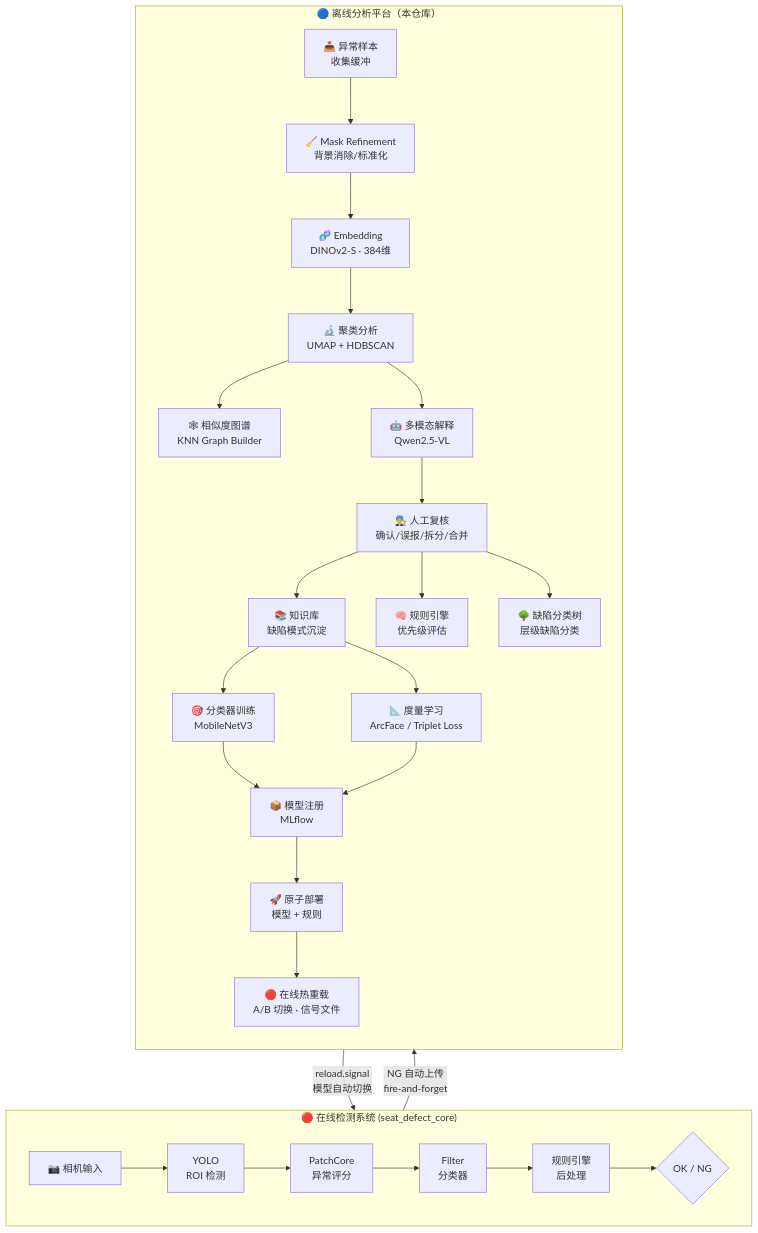
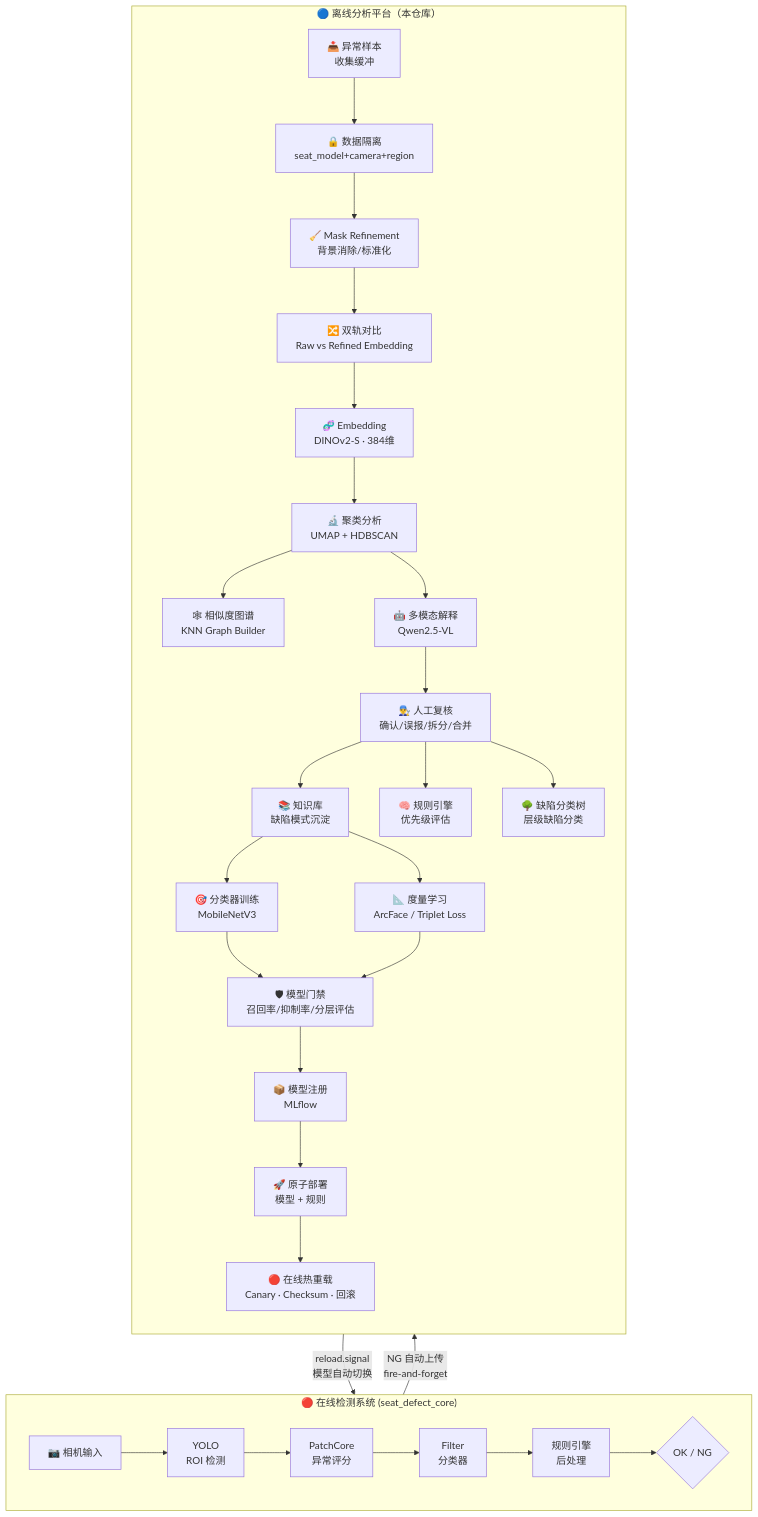
Before and after one commit to celien99/offline-analysis-platform: the diagram in README.md, drawn with Mermaid. The commit also changed other lines of this file, not shown here.

First line of the commit message:
docs: update README with data isolation, model gate, dual-track, and test coverage

````diff
--- a/README.md
+++ b/README.md
@@ -35,33 +35,36 @@
 ```mermaid
 flowchart TB
     subgraph ONLINE["🔴 在线检测系统 (seat_defect_core)"]
         direction LR
         CAM["📷 相机输入"] --> YOLO["YOLO<br/>ROI 检测"]
         YOLO --> PC["PatchCore<br/>异常评分"]
         PC --> FC["Filter<br/>分类器"]
         FC --> RE["规则引擎<br/>后处理"]
         RE --> DECISION{"OK / NG"}
     end
 
     subgraph OFFLINE["🔵 离线分析平台（本仓库）"]
         direction TB
-        INGEST["📥 异常样本<br/>收集缓冲"] --> MASK["🧹 Mask Refinement<br/>背景消除/标准化"]
-        MASK --> EMBED["🧬 Embedding<br/>DINOv2-S · 384维"]
+        INGEST["📥 异常样本<br/>收集缓冲"] --> ISOLATION["🔒 数据隔离<br/>seat_model+camera+region"]
+        ISOLATION --> MASK["🧹 Mask Refinement<br/>背景消除/标准化"]
+        MASK --> DUAL["🔀 双轨对比<br/>Raw vs Refined Embedding"]
+        DUAL --> EMBED["🧬 Embedding<br/>DINOv2-S · 384维"]
         EMBED --> CLUSTER["🔬 聚类分析<br/>UMAP + HDBSCAN"]
         CLUSTER --> GRAPH["🕸 相似度图谱<br/>KNN Graph Builder"]
         CLUSTER --> VLM["🤖 多模态解释<br/>Qwen2.5-VL"]
         VLM --> REVIEW["👨‍🔧 人工复核<br/>确认/误报/拆分/合并"]
         REVIEW --> KB["📚 知识库<br/>缺陷模式沉淀"]
         REVIEW --> RULES["🧠 规则引擎<br/>优先级评估"]
         REVIEW --> TAX["🌳 缺陷分类树<br/>层级缺陷分类"]
         KB --> TRAIN["🎯 分类器训练<br/>MobileNetV3"]
         KB --> METRIC["📐 度量学习<br/>ArcFace / Triplet Loss"]
-        TRAIN --> REGISTRY["📦 模型注册<br/>MLflow"]
-        METRIC --> REGISTRY
+        TRAIN --> GATE["🛡 模型门禁<br/>召回率/抑制率/分层评估"]
+        METRIC --> GATE
+        GATE --> REGISTRY["📦 模型注册<br/>MLflow"]
         REGISTRY --> DEPLOY["🚀 原子部署<br/>模型 + 规则"]
-        DEPLOY --> HOT["🔴 在线热重载<br/>A/B 切换 · 信号文件"]
+        DEPLOY --> HOT["🔴 在线热重载<br/>Canary · Checksum · 回滚"]
     end
 
     ONLINE -->|"NG 自动上传<br/>fire-and-forget"| INGEST
     HOT -->|"reload.signal<br/>模型自动切换"| FC
 ```
````
